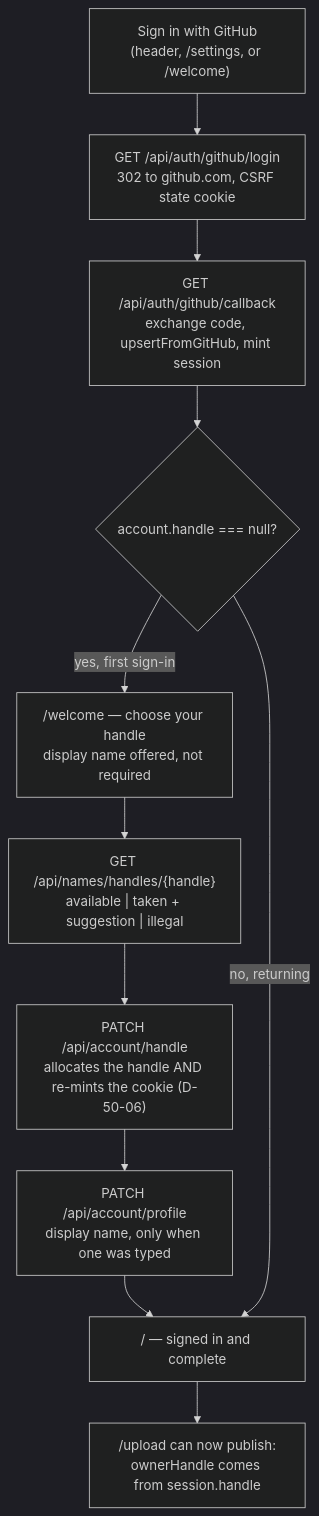
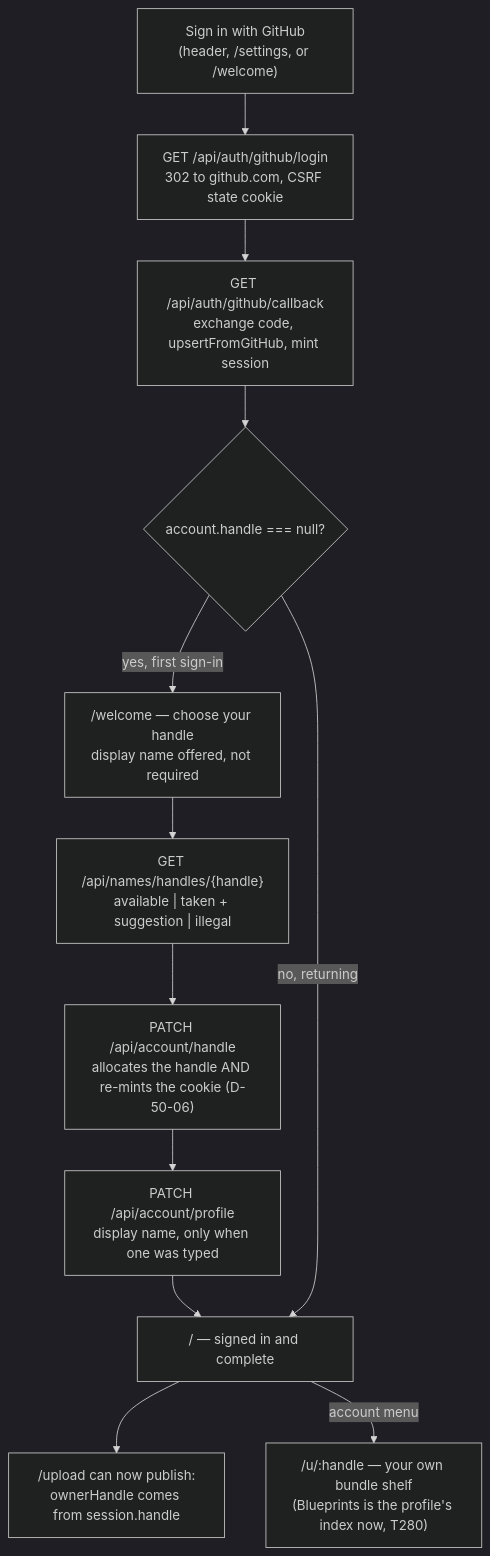
Diagram 11 of 14 in docs/architecture/journeys.md (darkprint/darkprint), drawn with Mermaid (dark theme) before and after one commit. The commit also changed other lines of this file and 131 other files, not shown here.

````diff
--- a/docs/architecture/journeys.md
+++ b/docs/architecture/journeys.md
@@ -267,18 +267,20 @@
 ```mermaid
 flowchart TD
   entry["Sign in with GitHub\n(header, /settings, or /welcome)"]
   oauth["GET /api/auth/github/login\n302 to github.com, CSRF state cookie"]
   callback["GET /api/auth/github/callback\nexchange code, upsertFromGitHub, mint session"]
   hasHandle{"account.handle === null?"}
   welcome["/welcome — choose your handle\ndisplay name offered, not required"]
   check["GET /api/names/handles/{handle}\navailable | taken + suggestion | illegal"]
   claim["PATCH /api/account/handle\nallocates the handle AND re-mints the cookie (D-50-06)"]
   profile["PATCH /api/account/profile\ndisplay name, only when one was typed"]
   home["/ — signed in and complete"]
   publish["/upload can now publish:\nownerHandle comes from session.handle"]
+  myShelf["/u/:handle — your own bundle shelf\n(Blueprints is the profile's index now, T280)"]
 
   entry --> oauth --> callback --> hasHandle
   hasHandle -->|"yes, first sign-in"| welcome --> check --> claim --> profile --> home
   hasHandle -->|"no, returning"| home
   home --> publish
+  home -->|"account menu"| myShelf
 ```
````
